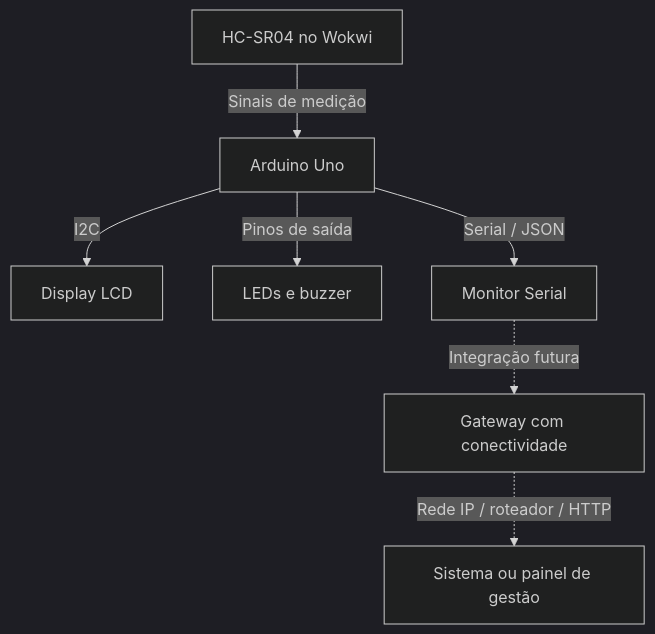
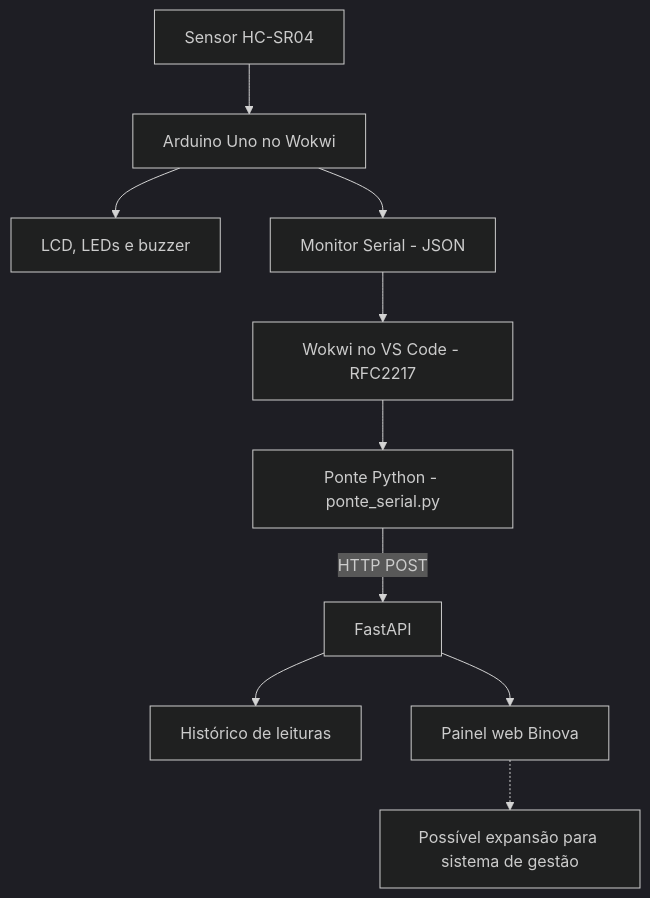
The diagram in README.md (GustavoSiciliano/GlobalSolution_2026_IoT), drawn with Mermaid (dark theme) before and after one commit. The commit also changed other lines of this file and 13 other files, not shown here.

Commit message:
Ajustando e adicionando o Fast API para demonstração

````diff
--- a/README.md
+++ b/README.md
@@ -81,9 +228,16 @@
 ```mermaid
 flowchart TD
-    HC[HC-SR04 no Wokwi] -->|Sinais de medição| UNO[Arduino Uno]
-    UNO -->|I2C| LCD[Display LCD]
-    UNO -->|Pinos de saída| LED[LEDs e buzzer]
-    UNO -->|Serial / JSON| SERIAL[Monitor Serial]
-    SERIAL -.->|Integração futura| GATEWAY[Gateway com conectividade]
-    GATEWAY -.->|Rede IP / roteador / HTTP| GESTOR[Sistema ou painel de gestão]
+    A[Sensor HC-SR04] --> B[Arduino Uno no Wokwi]
+
+    B --> C[LCD, LEDs e buzzer]
+    B --> D[Monitor Serial - JSON]
+
+    D --> E[Wokwi no VS Code - RFC2217]
+    E --> F[Ponte Python - ponte_serial.py]
+
+    F -->|HTTP POST| G[FastAPI]
+    G --> H[Histórico de leituras]
+    G --> I[Painel web Binova]
+
+    I -.-> J[Possível expansão para sistema de gestão]
 ```
````
